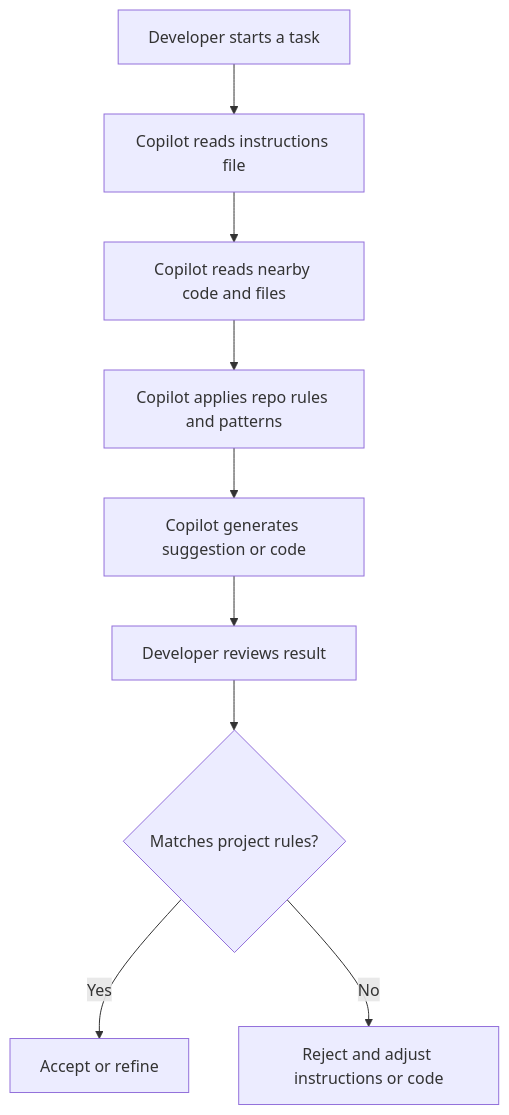
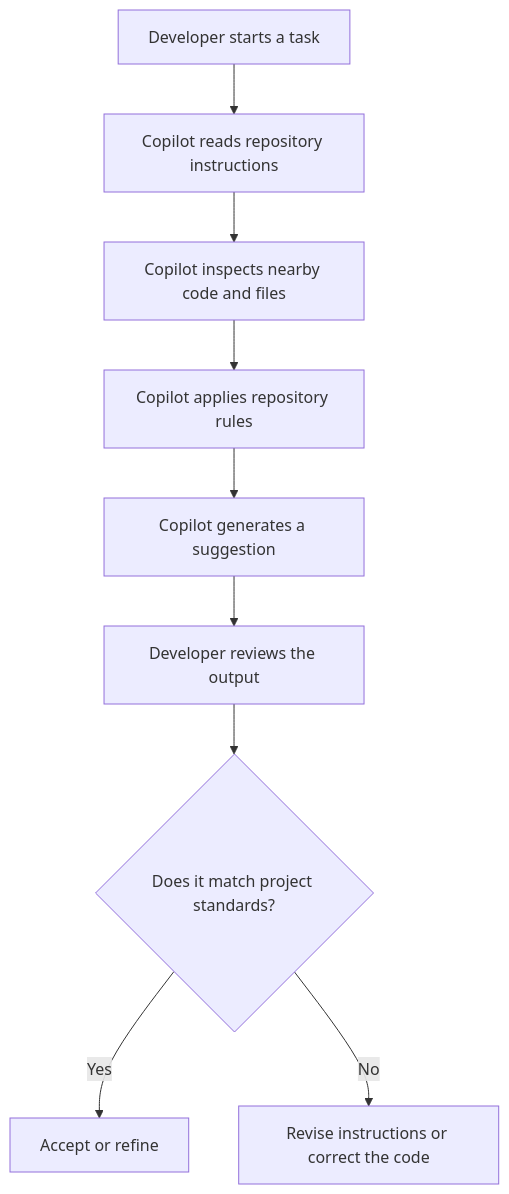
The first of 4 diagrams in github/copilot-instructions-guide.md (buddolla1/skills), drawn with Mermaid before and after one commit. The commit also changed other lines of this file, not shown here.

````diff
--- a/github/copilot-instructions-guide.md
+++ b/github/copilot-instructions-guide.md
@@ -34,11 +32,11 @@
 ```mermaid
 flowchart TD
-    A[Developer starts a task] --> B[Copilot reads instructions file]
-    B --> C[Copilot reads nearby code and files]
-    C --> D[Copilot applies repo rules and patterns]
-    D --> E[Copilot generates suggestion or code]
-    E --> F[Developer reviews result]
-    F --> G{Matches project rules?}
+    A[Developer starts a task] --> B[Copilot reads repository instructions]
+    B --> C[Copilot inspects nearby code and files]
+    C --> D[Copilot applies repository rules]
+    D --> E[Copilot generates a suggestion]
+    E --> F[Developer reviews the output]
+    F --> G{Does it match project standards?}
     G -->|Yes| H[Accept or refine]
-    G -->|No| I[Reject and adjust instructions or code]
+    G -->|No| I[Revise instructions or correct the code]
 ```
````
